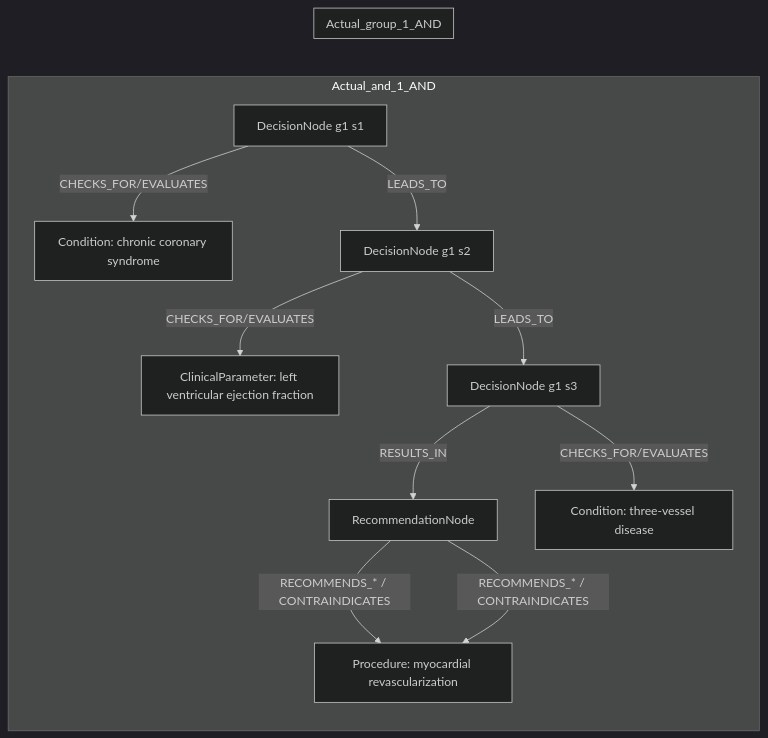
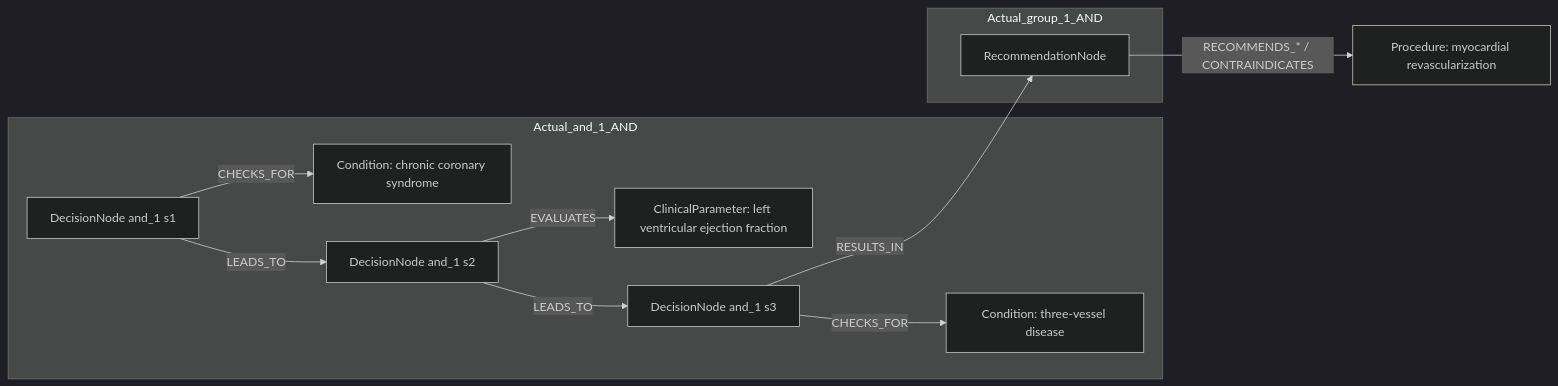
Before and after one commit to dieterich-lab/CardioGuidelinesGraph: the second of 2 diagrams in docs/table22_rows/row_09.md, drawn with Mermaid (dark theme). The commit also changed other lines of this file and 18 other files, not shown here.

Commit message:
Update mermaid diagrams.

````diff
--- a/docs/table22_rows/row_09.md
+++ b/docs/table22_rows/row_09.md
@@ -270,26 +255,23 @@
 ```mermaid
 graph LR
+  REC[RecommendationNode]
+  ACT1[Procedure: myocardial revascularization]
+  REC -->|RECOMMENDS_* / CONTRAINDICATES| ACT1
   subgraph Actual_and_1_AND
-    REC[RecommendationNode]
-    D1[DecisionNode g1 s1]
-    C1[Condition: chronic coronary syndrome]
-    D1 -->|CHECKS_FOR/EVALUATES| C1
-    D2[DecisionNode g1 s2]
-    C2[ClinicalParameter: left ventricular ejection fraction]
-    D2 -->|CHECKS_FOR/EVALUATES| C2
-    D3[DecisionNode g1 s3]
-    C3[Condition: three-vessel disease]
-    D3 -->|CHECKS_FOR/EVALUATES| C3
-    D1 -->|LEADS_TO| D2
-    D2 -->|LEADS_TO| D3
-    D3 -->|RESULTS_IN| REC
-    ACT1[Procedure: myocardial revascularization]
-    REC -->|RECOMMENDS_* / CONTRAINDICATES| ACT1
+    D_and_1_1[DecisionNode and_1 s1]
+    C_and_1_1[Condition: chronic coronary syndrome]
+    D_and_1_1 -->|CHECKS_FOR| C_and_1_1
+    D_and_1_2[DecisionNode and_1 s2]
+    C_and_1_2[ClinicalParameter: left ventricular ejection fraction]
+    D_and_1_2 -->|EVALUATES| C_and_1_2
+    D_and_1_3[DecisionNode and_1 s3]
+    C_and_1_3[Condition: three-vessel disease]
+    D_and_1_3 -->|CHECKS_FOR| C_and_1_3
+    D_and_1_1 -->|LEADS_TO| D_and_1_2
+    D_and_1_2 -->|LEADS_TO| D_and_1_3
   end
   subgraph Actual_group_1_AND
-    REC[RecommendationNode]
     REC
-    ACT1[Procedure: myocardial revascularization]
-    REC -->|RECOMMENDS_* / CONTRAINDICATES| ACT1
   end
+  D_and_1_3 -->|RESULTS_IN| REC
 ```
````
